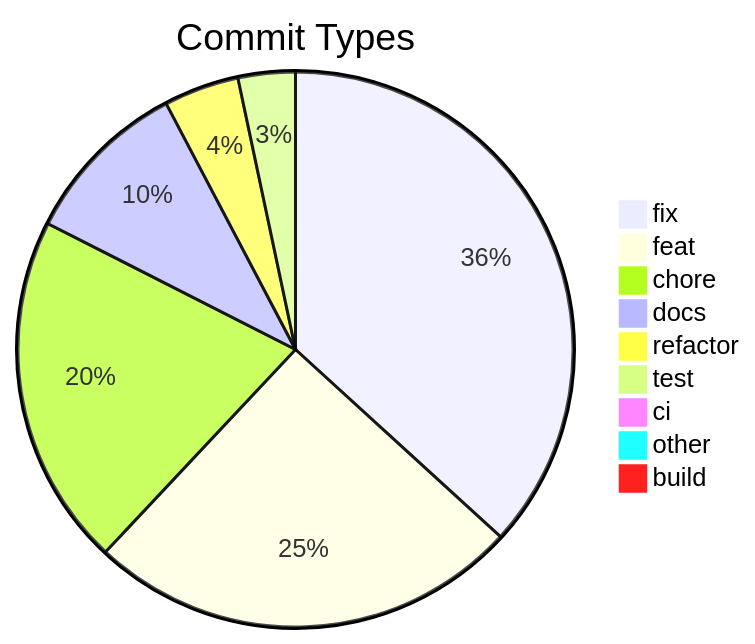
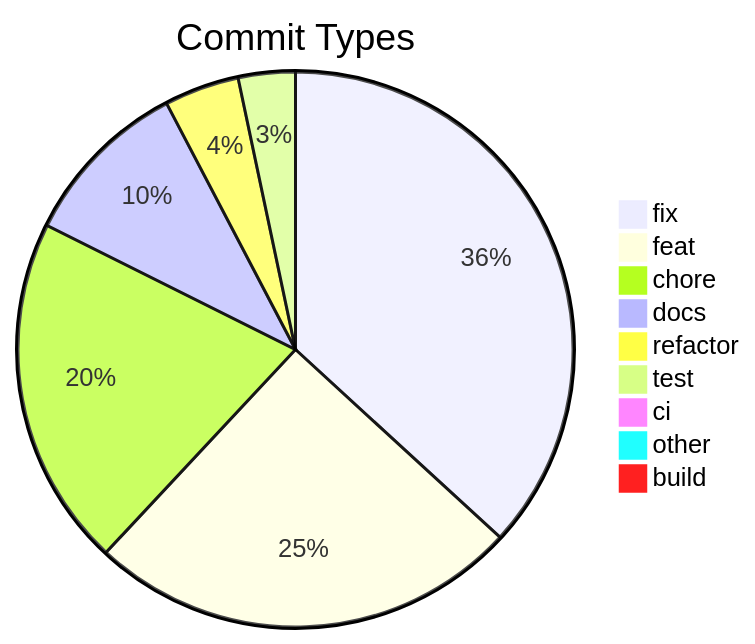
One commit to svenroth-ai/shipwright-webui changed the diagram in .shipwright/compliance/change-history.md. Above: the diagram before and after it, drawn with Mermaid. The commit also changed other lines of this file and 1 other file, not shown here.

````diff
--- a/.shipwright/compliance/change-history.md
+++ b/.shipwright/compliance/change-history.md
@@ -8,12 +8,12 @@
 ```mermaid
 pie title Commit Types
-    "fix" : 210
+    "fix" : 211
     "feat" : 144
     "chore" : 117
-    "docs" : 56
+    "docs" : 57
     "refactor" : 25
     "test" : 19
     "ci" : 5
     "other" : 4
     "build" : 1
 ```
````
